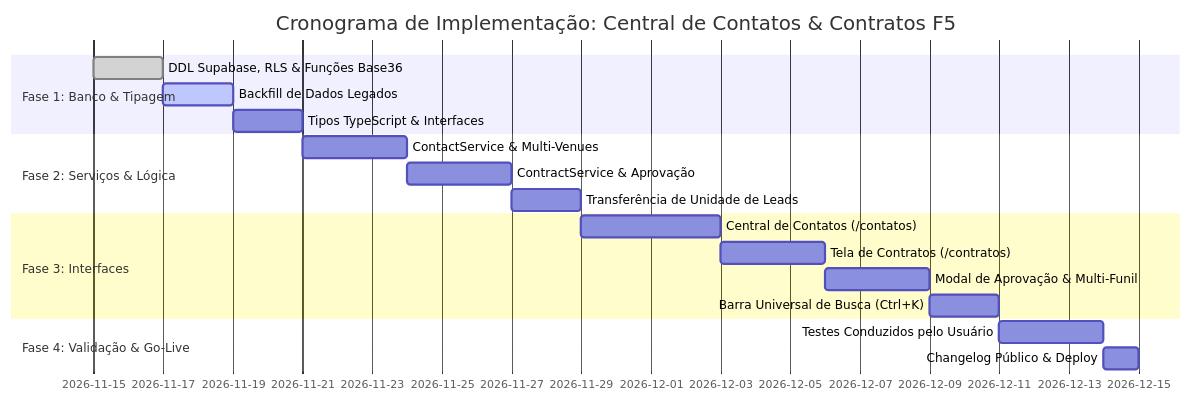
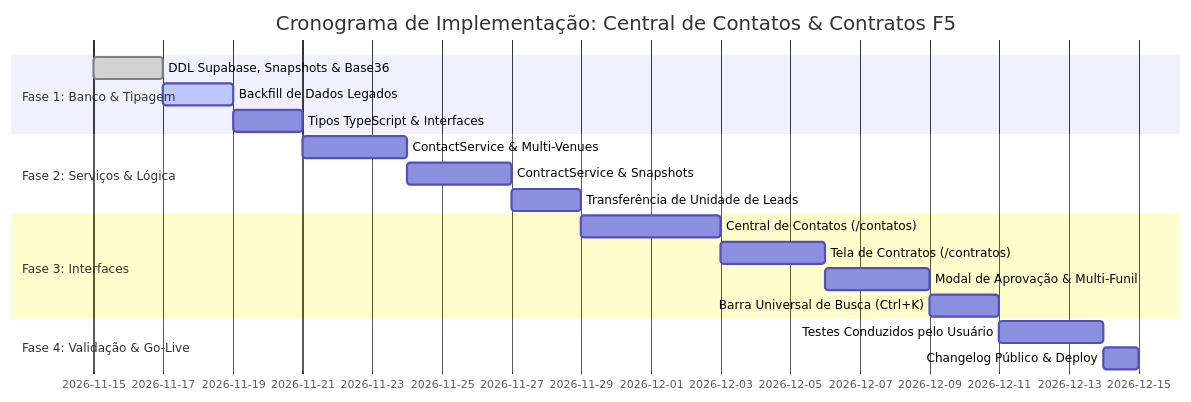
Before and after one commit to bonomofestas-web/Bonomo: the second of 2 diagrams in docs/PLANO_ACAO_CENTRAL_CONTATOS_E_CONTRATOS.md, drawn with Mermaid. The commit also changed other lines of this file, not shown here.

Commit message:
docs: add contract immutability, eternal snapshot and unilateral isolation principle

````diff
--- a/docs/PLANO_ACAO_CENTRAL_CONTATOS_E_CONTRATOS.md
+++ b/docs/PLANO_ACAO_CENTRAL_CONTATOS_E_CONTRATOS.md
@@ -397,21 +343,21 @@
 ```mermaid
 gantt
     title Cronograma de Implementação: Central de Contatos & Contratos F5
     dateFormat  YYYY-MM-DD
     section Fase 1: Banco & Tipagem
-    DDL Supabase, RLS & Funções Base36 :done,    des1, 2026-11-15, 2d
+    DDL Supabase, Snapshots & Base36   :done,    des1, 2026-11-15, 2d
     Backfill de Dados Legados          :active,  des2, 2026-11-17, 2d
     Tipos TypeScript & Interfaces      :         des3, 2026-11-19, 2d
     section Fase 2: Serviços & Lógica
     ContactService & Multi-Venues      :         srv1, 2026-11-21, 3d
-    ContractService & Aprovação        :         srv2, 2026-11-24, 3d
+    ContractService & Snapshots        :         srv2, 2026-11-24, 3d
     Transferência de Unidade de Leads  :         srv3, 2026-11-27, 2d
     section Fase 3: Interfaces
     Central de Contatos (/contatos)    :         ui1,  2026-11-29, 4d
     Tela de Contratos (/contratos)     :         ui2,  2026-12-03, 3d
     Modal de Aprovação & Multi-Funil   :         ui3,  2026-12-06, 3d
     Barra Universal de Busca (Ctrl+K)  :         ui4,  2026-12-09, 2d
     section Fase 4: Validação & Go-Live
     Testes Conduzidos pelo Usuário     :         val1, 2026-12-11, 3d
     Changelog Público & Deploy         :         val2, 2026-12-14, 1d
 ```
````
